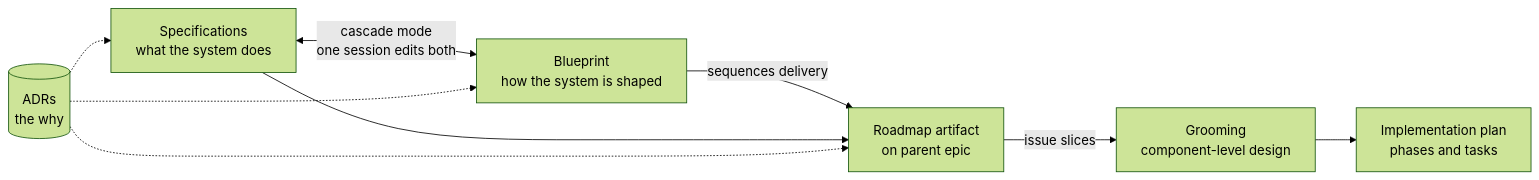
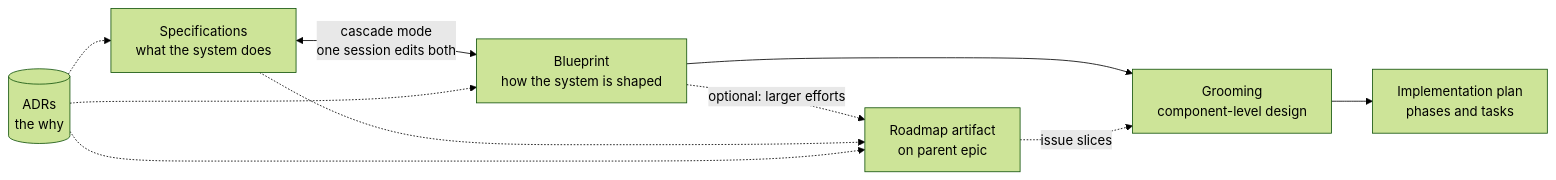
One commit to workinprogress-ai/devenv changed the second of 5 diagrams in docs/Workflow.md. Above: the diagram before and after it, drawn with Mermaid (forest theme). The commit also changed other lines of this file and 8 other files, not shown here.

First line of the commit message:
fix(skills): roadmap clarifications and tool fixes

````diff
--- a/docs/Workflow.md
+++ b/docs/Workflow.md
@@ -429,11 +430,12 @@
 ```mermaid
 flowchart LR
     SPEC[Specifications<br/>what the system does] <-->|"cascade mode<br/>one session edits both"| BP[Blueprint<br/>how the system is shaped]
-    BP -->|"sequences delivery"| RM[Roadmap artifact<br/>on parent epic]
-    SPEC --> RM
-    RM -->|"issue slices"| GR[Grooming<br/>component-level design]
+    BP --> GR[Grooming<br/>component-level design]
+    BP -.->|"optional: larger efforts"| RM[Roadmap artifact<br/>on parent epic]
+    SPEC -.-> RM
+    RM -.->|"issue slices"| GR
     GR --> PLAN[Implementation plan<br/>phases and tasks]
     ADR[(ADRs<br/>the why)] -.-> SPEC
     ADR -.-> BP
     ADR -.-> RM
 ```
````
